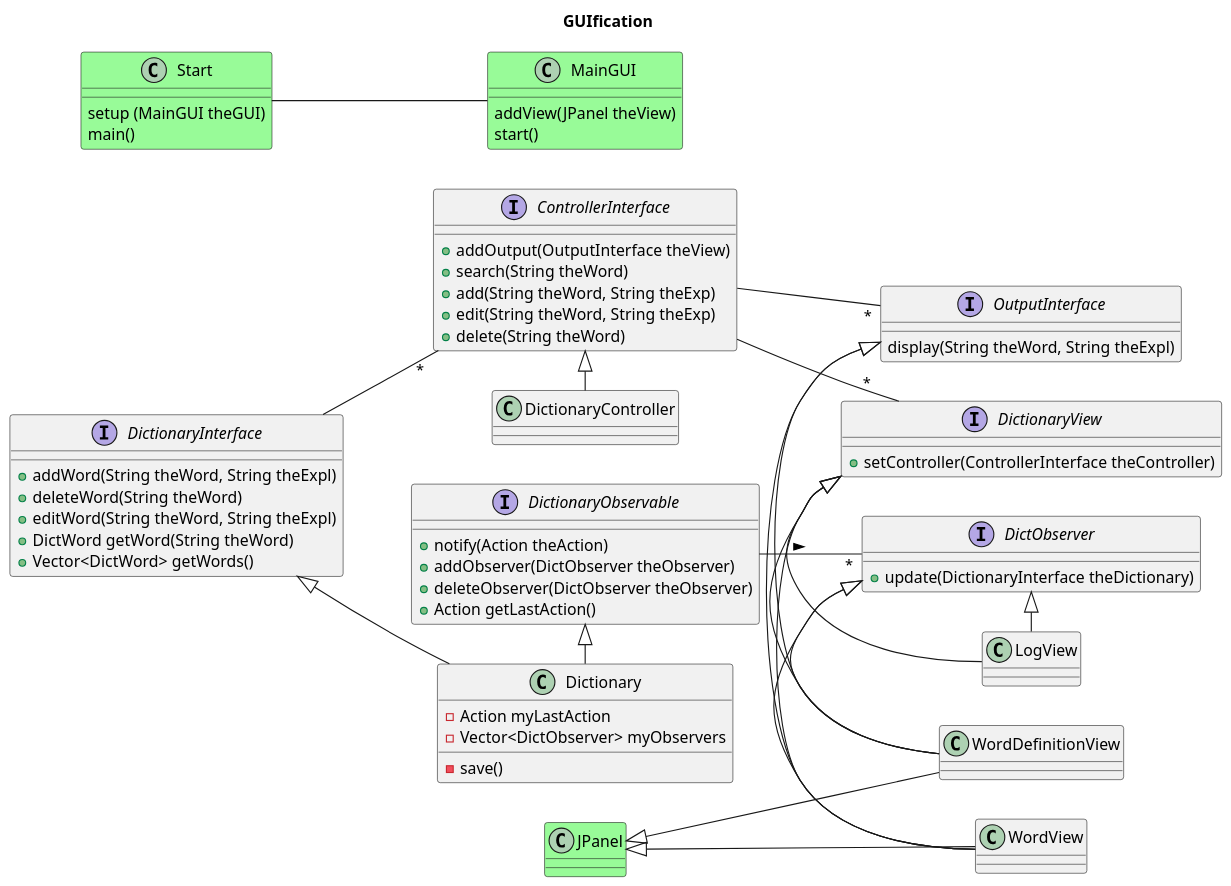
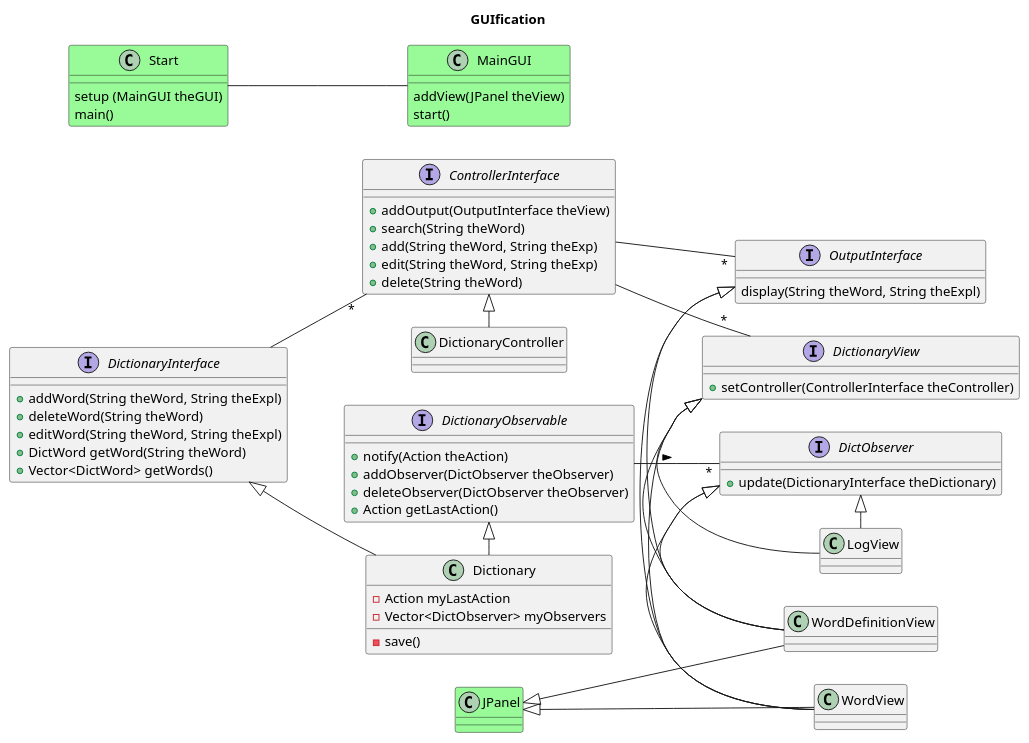
Before and after one commit to bth-dipt-teaching/PA1458-OO-Design: the eighth of 8 diagrams in Lectures/07_Design_to_Code.org, drawn with PlantUML. The commit also changed other lines of this file and 15 other files, not shown here.

```diff
--- a/Lectures/07_Design_to_Code.org
+++ b/Lectures/07_Design_to_Code.org
@@ -278,80 +297,80 @@
 #+BEGIN_SRC plantuml :file FDictionaryClass4.png
-scale 1.2
+'scale 1.2
 left to right direction
 title GUIfication
 interface DictionaryInterface
 DictionaryInterface : +addWord(String theWord, String theExpl)
 DictionaryInterface : +deleteWord(String theWord)
 DictionaryInterface : +editWord(String theWord, String theExpl)
 DictionaryInterface : +DictWord getWord(String theWord)
 DictionaryInterface : +Vector<DictWord> getWords()
 
 interface DictionaryView
 DictionaryView : +setController(ControllerInterface theController)
 
 interface ControllerInterface
 ControllerInterface : +addOutput(OutputInterface theView)
 ControllerInterface : +search(String theWord)
 ControllerInterface : +add(String theWord, String theExp)
 ControllerInterface : +edit(String theWord, String theExp)
 ControllerInterface : +delete(String theWord)
 
 ControllerInterface -- "*" OutputInterface
 interface OutputInterface
 OutputInterface : display(String theWord, String theExpl)
 
 DictionaryInterface -- "*" ControllerInterface
 ControllerInterface -- "*" DictionaryView
 
 DictionaryInterface <|- Dictionary
 Dictionary : -save()
 
 ControllerInterface <|- DictionaryController
 
 DictionaryView <|- WordView
 DictionaryView <|- WordDefinitionView
 DictionaryView <|- LogView
 
 OutputInterface <|- WordView
 OutputInterface <|- WordDefinitionView
 
 interface DictObserver
 DictObserver : +update(DictionaryInterface theDictionary)
 DictObserver <|- WordView
 DictObserver <|- WordDefinitionView
 DictObserver <|- LogView
 
 interface DictionaryObservable
 DictionaryObservable : +notify(Action theAction)
 DictionaryObservable : +addObserver(DictObserver theObserver)
 DictionaryObservable : +deleteObserver(DictObserver theObserver)
 DictionaryObservable : +Action getLastAction()
 
 DictionaryObservable <|- Dictionary
 
 Dictionary : -Action myLastAction
 Dictionary : -Vector<DictObserver> myObservers
 
 DictionaryObservable -- "*" DictObserver : >
 ' --- 
 class MainGUI #PaleGreen
 class Start #PaleGreen
 class JPanel #PaleGreen
 
 MainGUI : addView(JPanel theView)
 MainGUI : start()
 
 Start : setup (MainGUI theGUI)
 Start : main()
 
 Start -- MainGUI
 ' Don't add the links below because they clutter up too much
 ' Start -- Dictionary : creates
 ' Start -- LogView : creates
 ' Start -- WordView : creates
 ' Start -- WordDefinitionView : creates
 ' Start -- DictionaryController : creates
 
 JPanel <|-- WordDefinitionView
 JPanel <|-- WordView
 #+END_SRC
```
